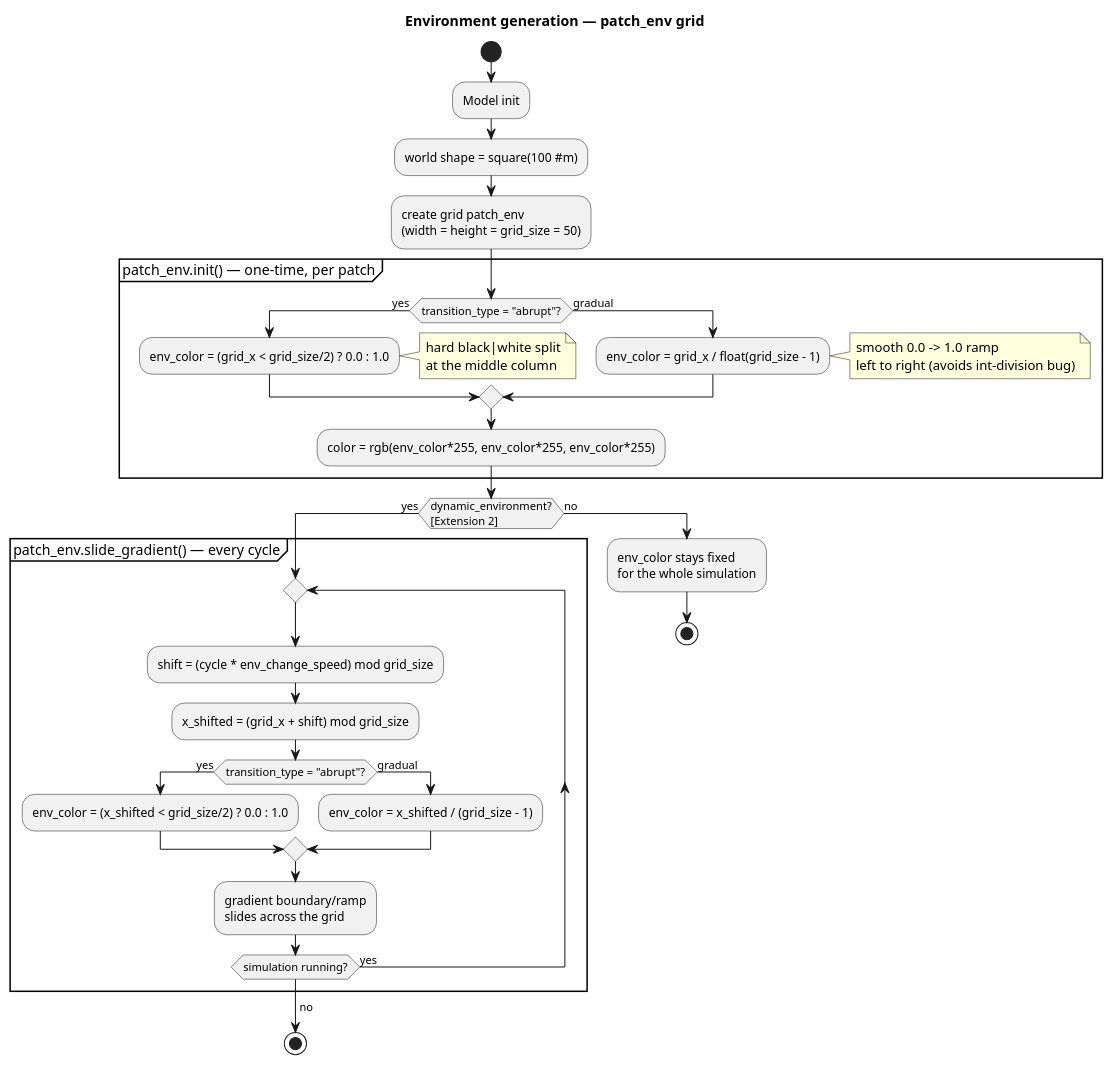
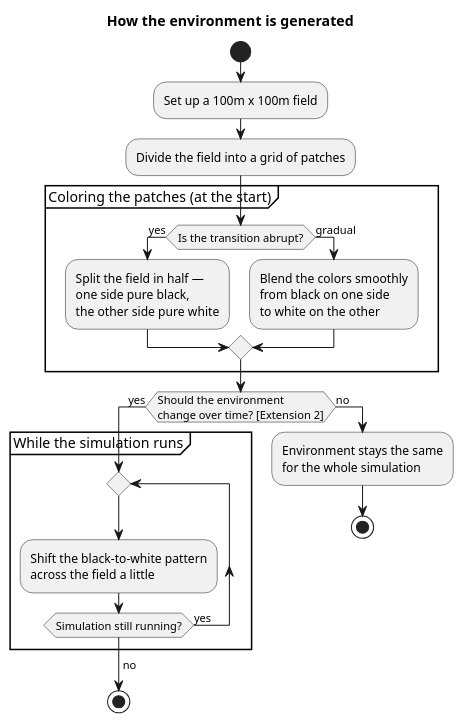
One commit to oudommeng/SSO-GAMA-Butterfly-Coloration-Evolution changed the diagram in diagrams/activity_environment_generation.puml. Above: the diagram before and after it, drawn with PlantUML. The commit also changed 3 other files, not shown here.

Commit message:
docs: simplify PlantUML diagram text and descriptions for better readability

```diff
--- a/diagrams/activity_environment_generation.puml
+++ b/diagrams/activity_environment_generation.puml
@@ -1,40 +1,29 @@
 @startuml Project01_Activity_Environment
-title Environment generation — patch_env grid
+title How the environment is generated
 
 start
-:Model init;
-:world shape = square(100 #m);
-:create grid patch_env\n(width = height = grid_size = 50);
+:Set up a 100m x 100m field;
+:Divide the field into a grid of patches;
 
-partition "patch_env.init() — one-time, per patch" {
-  if (transition_type = "abrupt"?) then (yes)
-    :env_color = (grid_x < grid_size/2) ? 0.0 : 1.0;
-    note right: hard black|white split\nat the middle column
+partition "Coloring the patches (at the start)" {
+  if (Is the transition abrupt?) then (yes)
+    :Split the field in half —\none side pure black,\nthe other side pure white;
   else (gradual)
-    :env_color = grid_x / float(grid_size - 1);
-    note right: smooth 0.0 -> 1.0 ramp\nleft to right (avoids int-division bug)
+    :Blend the colors smoothly\nfrom black on one side\nto white on the other;
   endif
-  :color = rgb(env_color*255, env_color*255, env_color*255);
 }
 
-if (dynamic_environment?\n[Extension 2]) then (yes)
-  partition "patch_env.slide_gradient() — every cycle" {
+if (Should the environment\nchange over time? [Extension 2]) then (yes)
+  partition "While the simulation runs" {
     repeat
-      :shift = (cycle * env_change_speed) mod grid_size;
-      :x_shifted = (grid_x + shift) mod grid_size;
-      if (transition_type = "abrupt"?) then (yes)
-        :env_color = (x_shifted < grid_size/2) ? 0.0 : 1.0;
-      else (gradual)
-        :env_color = x_shifted / (grid_size - 1);
-      endif
-      :gradient boundary/ramp\nslides across the grid;
-    repeat while (simulation running?) is (yes)
+      :Shift the black-to-white pattern\nacross the field a little;
+    repeat while (Simulation still running?) is (yes)
     ->no;
   }
   stop
 else (no)
-  :env_color stays fixed\nfor the whole simulation;
+  :Environment stays the same\nfor the whole simulation;
   stop
 endif
 
 @enduml
```
